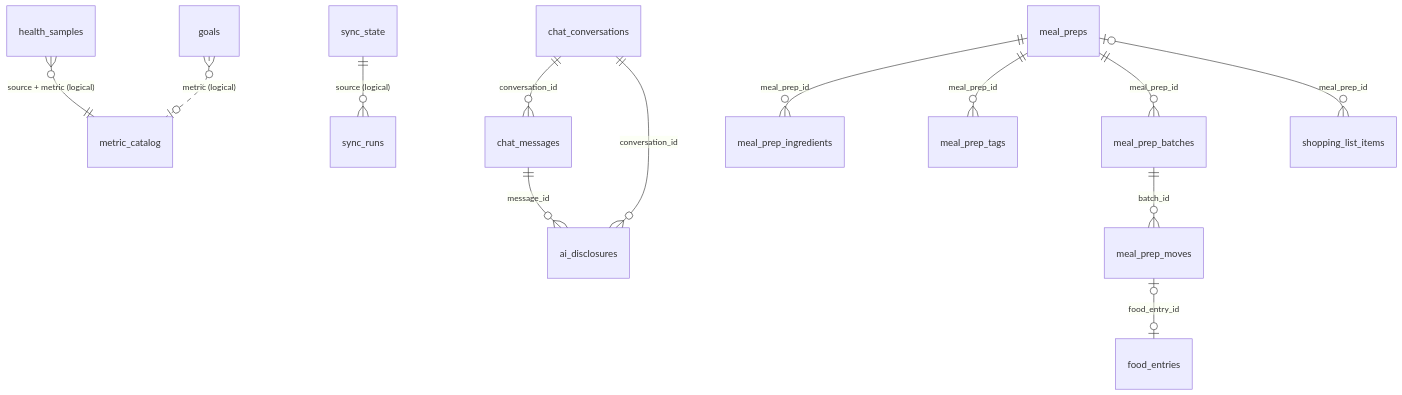
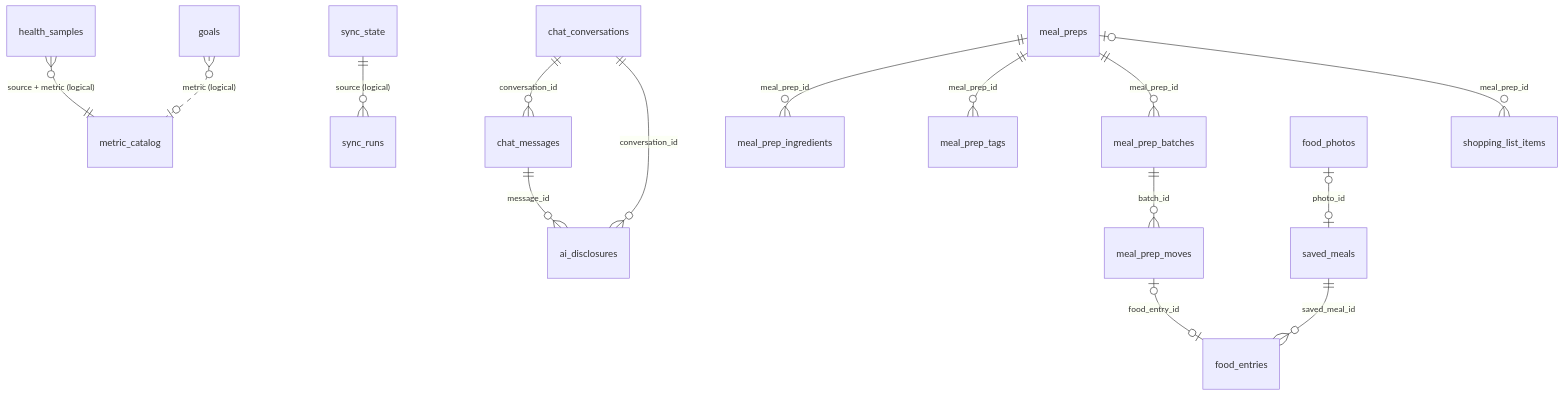
Before and after one commit to alfredoartilesv/even: the diagram in docs/LLD.md, drawn with Mermaid. The commit also changed other lines of this file and 16 other files, not shown here.

First line of the commit message:
Food tab: calorie tracker, meal history, saved meals with photos, eat-again suggestions

````diff
--- a/docs/LLD.md
+++ b/docs/LLD.md
@@ -167,15 +172,17 @@
 ```mermaid
 erDiagram
   health_samples }o--|| metric_catalog : "source + metric (logical)"
   sync_state ||--o{ sync_runs : "source (logical)"
   chat_conversations ||--o{ chat_messages : conversation_id
   chat_conversations ||--o{ ai_disclosures : conversation_id
   chat_messages ||--o{ ai_disclosures : message_id
   goals }o..o| metric_catalog : "metric (logical)"
   meal_preps ||--o{ meal_prep_ingredients : meal_prep_id
   meal_preps ||--o{ meal_prep_tags : meal_prep_id
   meal_preps ||--o{ meal_prep_batches : meal_prep_id
   meal_prep_batches ||--o{ meal_prep_moves : batch_id
   meal_prep_moves |o--o| food_entries : food_entry_id
   meal_preps |o--o{ shopping_list_items : meal_prep_id
+  saved_meals ||--o{ food_entries : saved_meal_id
+  food_photos |o--o| saved_meals : photo_id
 ```
````
